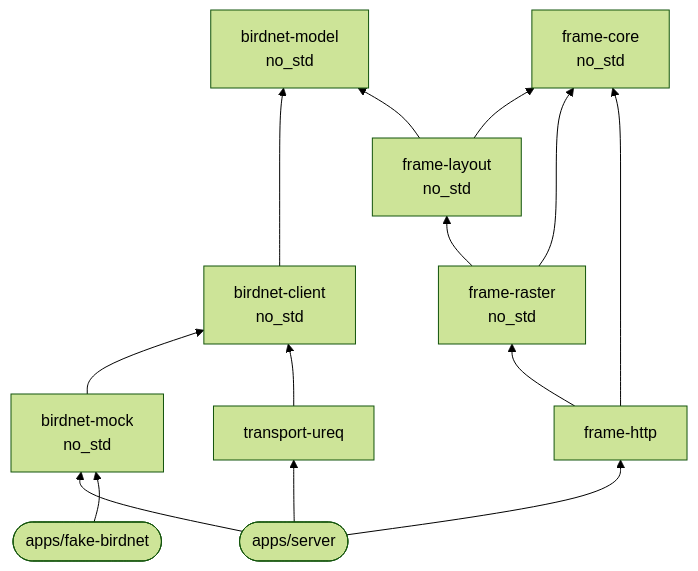
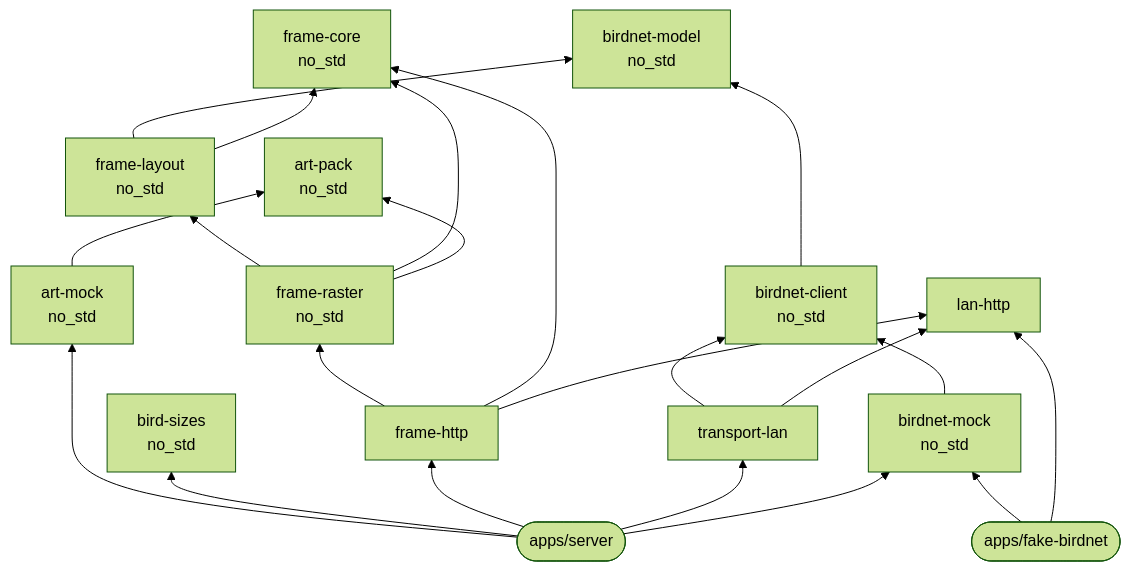
The diagram in docs/explanation/design-decisions.md (Filip-Pajalic/birdnet-go-frame), drawn with Mermaid (forest theme) before and after one commit. The commit also changed other lines of this file and 11 other files, not shown here.

````diff
--- a/docs/explanation/design-decisions.md
+++ b/docs/explanation/design-decisions.md
@@ -11,27 +11,38 @@
 ```mermaid
 flowchart BT
     core[frame-core<br/>no_std]
     model[birdnet-model<br/>no_std]
     client[birdnet-client<br/>no_std]
     mock[birdnet-mock<br/>no_std]
-    ureq[transport-ureq]
+    lan[lan-http]
+    transport[transport-lan]
+    artpack[art-pack<br/>no_std]
+    artmock[art-mock<br/>no_std]
+    sizes[bird-sizes<br/>no_std]
     layout[frame-layout<br/>no_std]
     raster[frame-raster<br/>no_std]
     http[frame-http]
     server([apps/server])
     fake([apps/fake-birdnet])
 
     client --> model
     mock --> client
-    ureq --> client
+    transport --> client
+    transport --> lan
     layout --> model
     layout --> core
     raster --> layout
     raster --> core
     http --> raster
     http --> core
+    http --> lan
+    artmock --> artpack
+    raster --> artpack
+    server --> artmock
+    server --> sizes
     server --> http
-    server --> ureq
+    server --> transport
     server --> mock
     fake --> mock
+    fake --> lan
 ```
````
